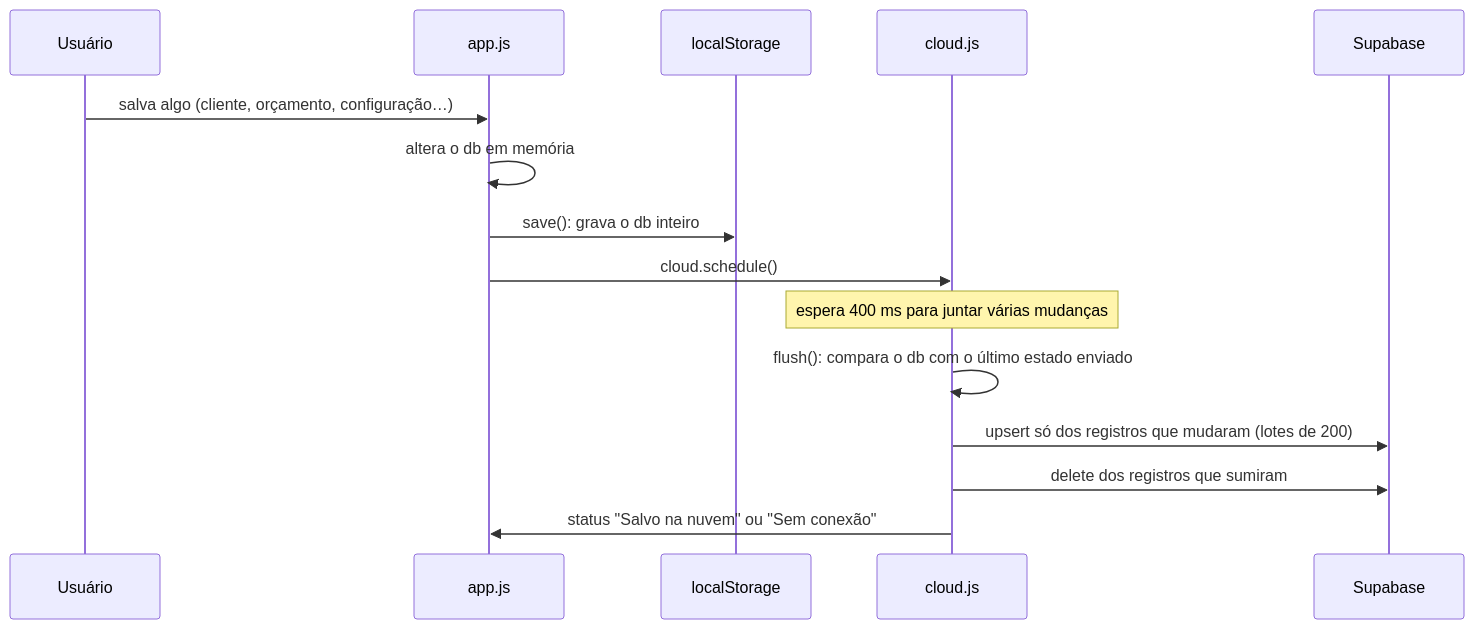
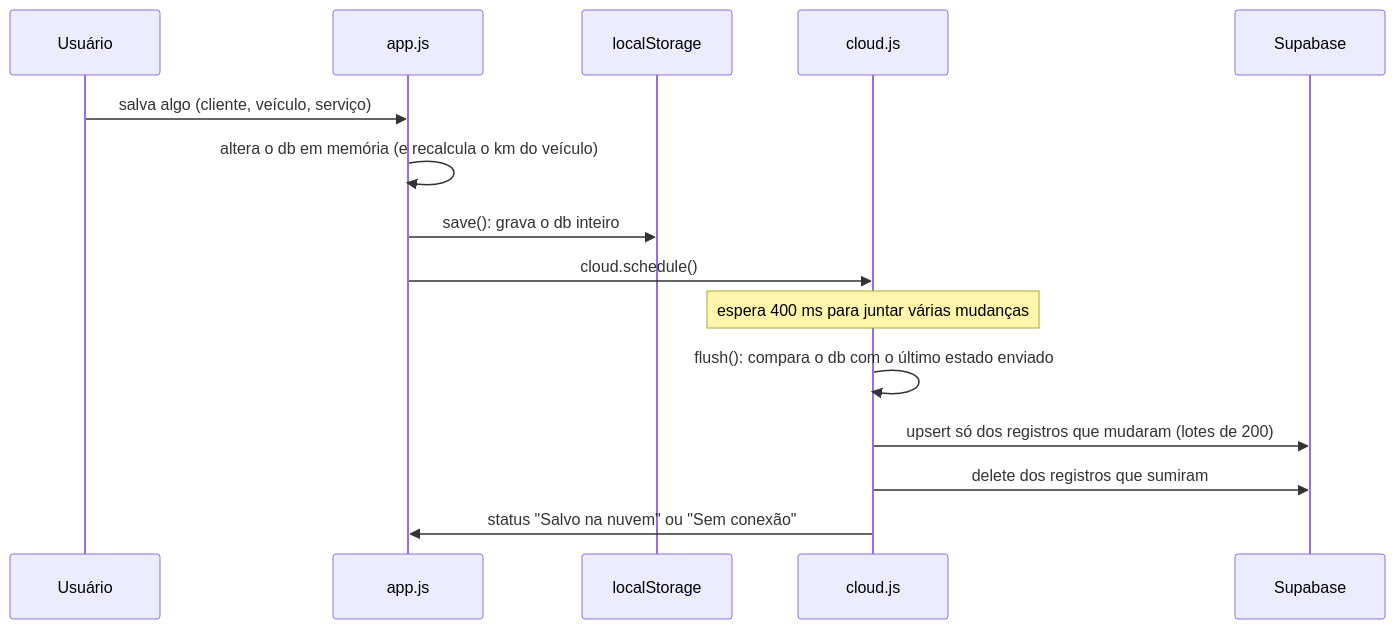
One commit to nlucasjr/oficina-app changed the third of 4 diagrams in README.md. Above: the diagram before and after it, drawn with Mermaid. The commit also changed other lines of this file and 9 other files, not shown here.

````diff
--- a/README.md
+++ b/README.md
@@ -177,18 +164,18 @@
 ```mermaid
 sequenceDiagram
   participant U as Usuário
   participant A as app.js
   participant L as localStorage
   participant C as cloud.js
   participant S as Supabase
 
-  U->>A: salva algo (cliente, orçamento, configuração…)
-  A->>A: altera o db em memória
+  U->>A: salva algo (cliente, veículo, serviço)
+  A->>A: altera o db em memória (e recalcula o km do veículo)
   A->>L: save(): grava o db inteiro
   A->>C: cloud.schedule()
   Note over C: espera 400 ms para juntar várias mudanças
   C->>C: flush(): compara o db com o último estado enviado
   C->>S: upsert só dos registros que mudaram (lotes de 200)
   C->>S: delete dos registros que sumiram
   C->>A: status "Salvo na nuvem" ou "Sem conexão"
 ```
````
